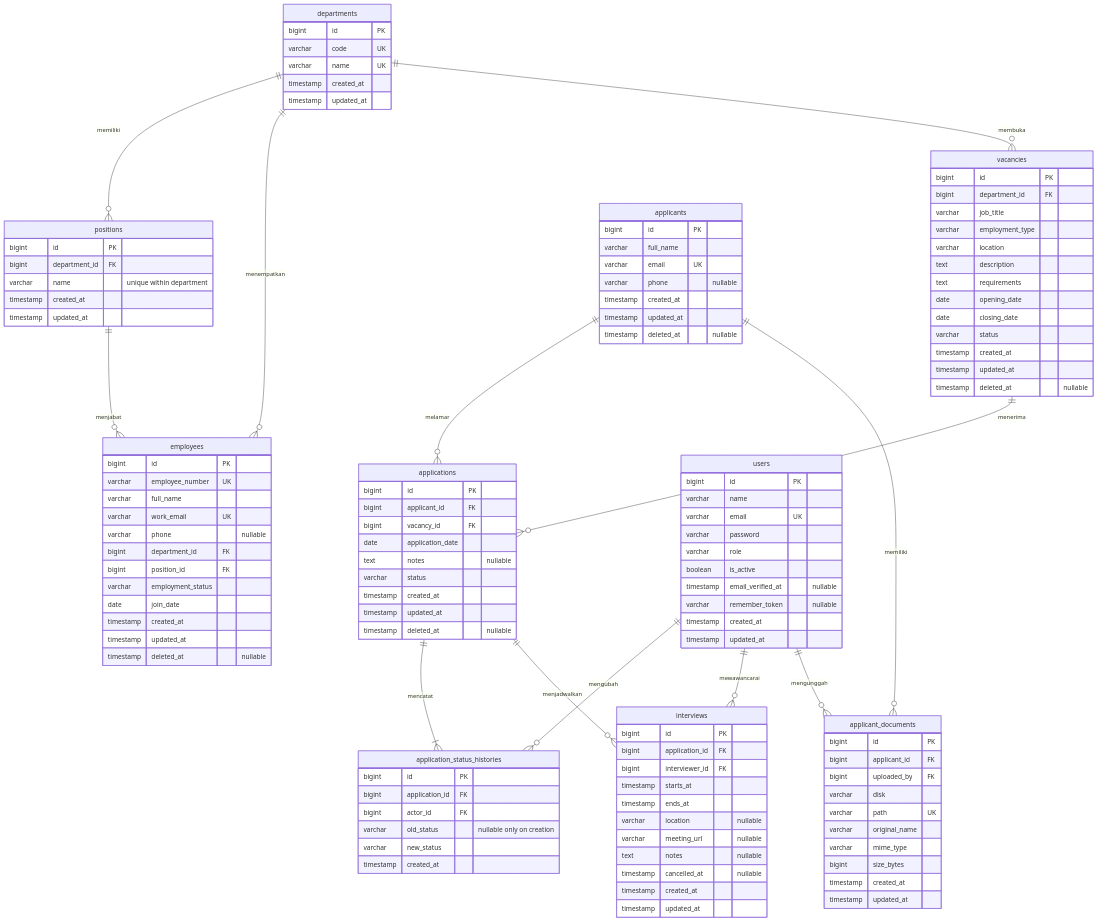
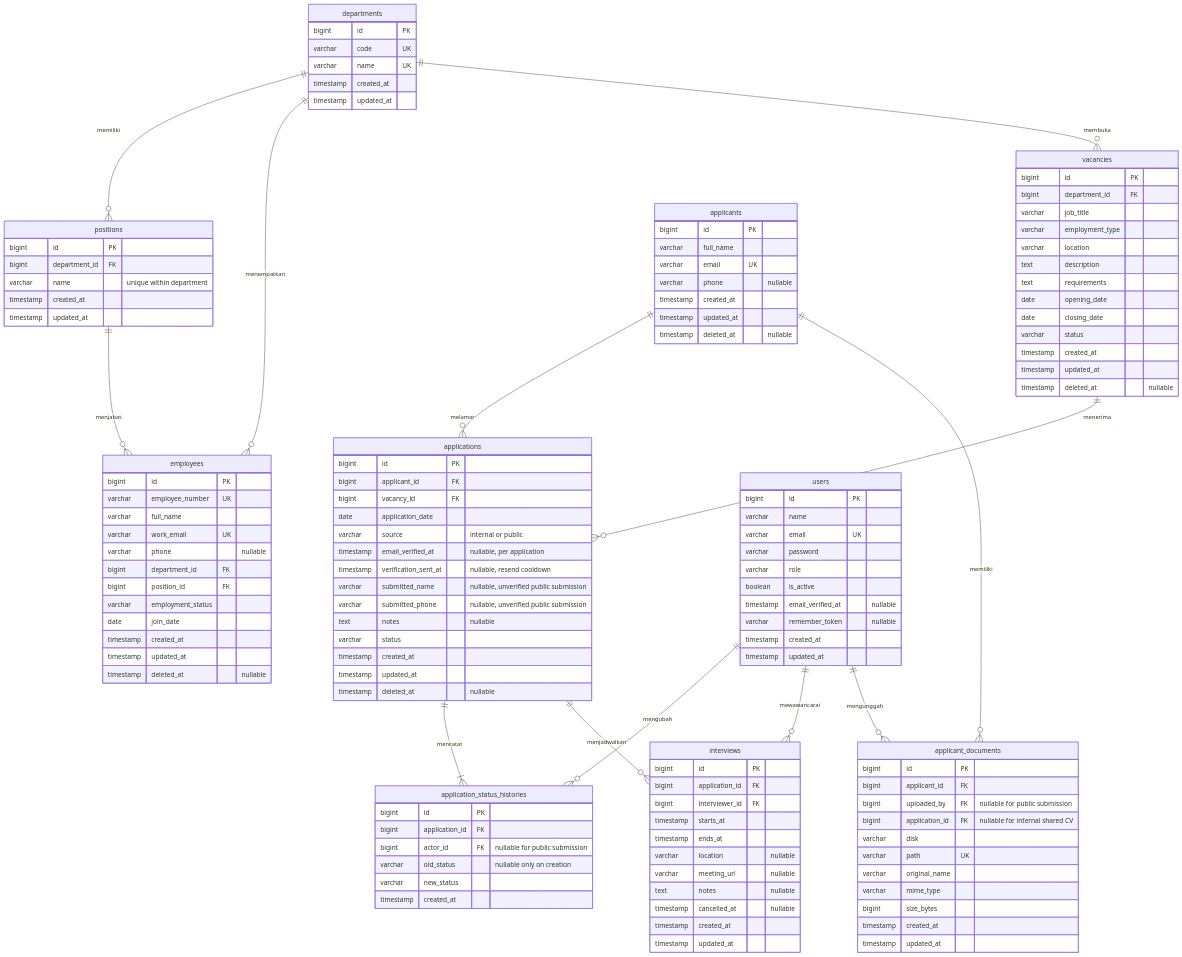
One commit to Crown-us/hr-track changed the diagram in docs/ERD.md. Above: the diagram before and after it, drawn with Mermaid. The commit also changed other lines of this file and 61 other files, not shown here.

```diff
--- a/docs/ERD.md
+++ b/docs/ERD.md
@@ -94,6 +98,11 @@
         bigint applicant_id FK
         bigint vacancy_id FK
         date application_date
+        varchar source "internal or public"
+        timestamp email_verified_at "nullable, per application"
+        timestamp verification_sent_at "nullable, resend cooldown"
+        varchar submitted_name "nullable, unverified public submission"
+        varchar submitted_phone "nullable, unverified public submission"
         text notes "nullable"
         varchar status
         timestamp created_at
@@ -103,7 +112,7 @@
     application_status_histories {
         bigint id PK
         bigint application_id FK
-        bigint actor_id FK
+        bigint actor_id FK "nullable for public submission"
         varchar old_status "nullable only on creation"
         varchar new_status
         timestamp created_at
@@ -124,7 +133,8 @@
     applicant_documents {
         bigint id PK
         bigint applicant_id FK
-        bigint uploaded_by FK
+        bigint uploaded_by FK "nullable for public submission"
+        bigint application_id FK "nullable for internal shared CV"
         varchar disk
         varchar path UK
         varchar original_name
```
